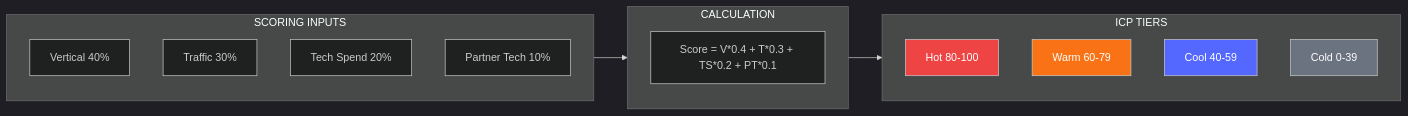
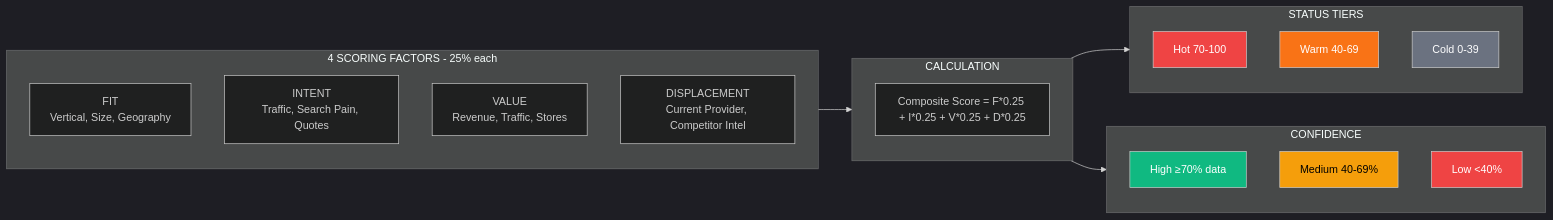
One commit to arijitchowdhury80/partnerforge changed the fourth of 13 diagrams in docs/architecture/diagrams.md. Above: the diagram before and after it, drawn with Mermaid. The commit also changed other lines of this file and 10 other files, not shown here.

First line of the commit message:
docs: Update documentation for composite scoring system

````diff
--- a/docs/architecture/diagrams.md
+++ b/docs/architecture/diagrams.md
@@ -158,29 +158,37 @@
 ```mermaid
 %%{init: {'theme': 'dark'}}%%
 flowchart LR
-    subgraph Inputs[SCORING INPUTS]
-        V[Vertical 40%]
-        T[Traffic 30%]
-        TS[Tech Spend 20%]
-        PT[Partner Tech 10%]
+    subgraph Inputs[4 SCORING FACTORS - 25% each]
+        F[FIT<br/>Vertical, Size, Geography]
+        I[INTENT<br/>Traffic, Search Pain, Quotes]
+        V[VALUE<br/>Revenue, Traffic, Stores]
+        D[DISPLACEMENT<br/>Current Provider, Competitor Intel]
     end
 
     subgraph Calculation[CALCULATION]
-        Calc[Score = V*0.4 + T*0.3 + TS*0.2 + PT*0.1]
+        Calc[Composite Score = F*0.25 + I*0.25 + V*0.25 + D*0.25]
     end
 
-    subgraph Tiers[ICP TIERS]
-        Hot[Hot 80-100]
-        Warm[Warm 60-79]
-        Cool[Cool 40-59]
+    subgraph Tiers[STATUS TIERS]
+        Hot[Hot 70-100]
+        Warm[Warm 40-69]
         Cold[Cold 0-39]
+    end
+
+    subgraph Confidence[CONFIDENCE]
+        High[High ≥70% data]
+        Med[Medium 40-69%]
+        Low[Low <40%]
     end
 
     Inputs --> Calculation
     Calculation --> Tiers
+    Calculation --> Confidence
 
     style Hot fill:#ef4444,color:#fff
     style Warm fill:#f97316,color:#fff
-    style Cool fill:#5468ff,color:#fff
     style Cold fill:#6b7280,color:#fff
+    style High fill:#10b981,color:#fff
+    style Med fill:#f59e0b,color:#000
+    style Low fill:#ef4444,color:#fff
 ```
````
